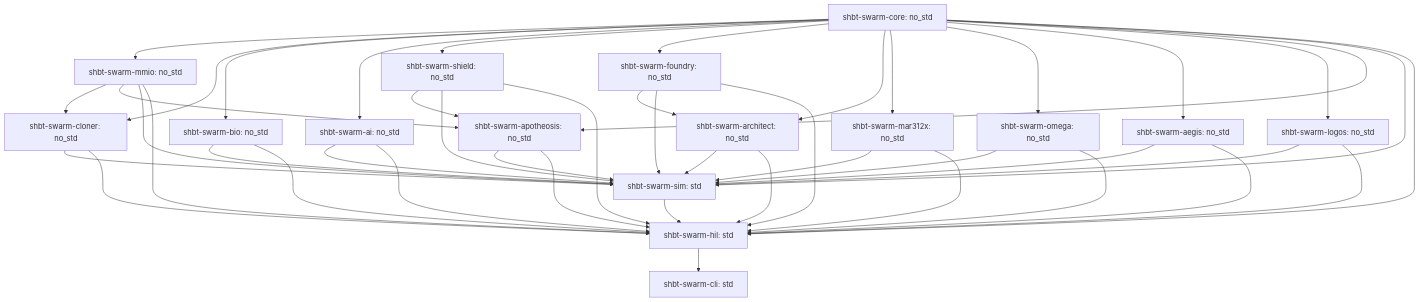
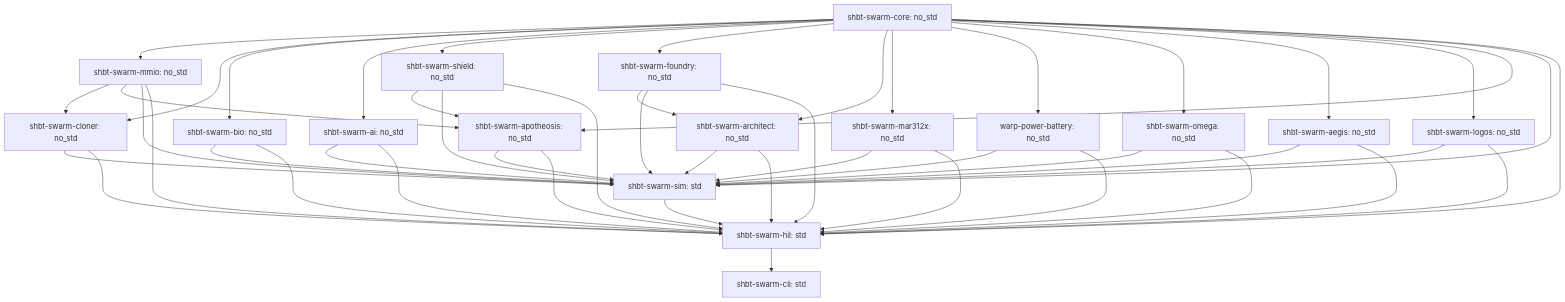
The diagram in README.md (sys1own/shbt-swarm), drawn with Mermaid before and after one commit. The commit also changed other lines of this file and 33 other files, not shown here.

````diff
--- a/README.md
+++ b/README.md
@@ -1183,47 +1166,50 @@
 ```mermaid
 graph TD
     core[shbt-swarm-core: no_std] --> mmio[shbt-swarm-mmio: no_std]
     core --> cloner[shbt-swarm-cloner: no_std]
     mmio --> cloner
     core --> bio[shbt-swarm-bio: no_std]
     core --> ai[shbt-swarm-ai: no_std]
     core --> shield[shbt-swarm-shield: no_std]
     core --> foundry[shbt-swarm-foundry: no_std]
     core --> architect[shbt-swarm-architect: no_std]
     foundry --> architect
     core --> mar312x[shbt-swarm-mar312x: no_std]
+    core --> wpb[warp-power-battery: no_std]
     core --> omega[shbt-swarm-omega: no_std]
     core --> aegis[shbt-swarm-aegis: no_std]
     core --> logos[shbt-swarm-logos: no_std]
     core --> apoth[shbt-swarm-apotheosis: no_std]
     mmio --> apoth
     shield --> apoth
     omega --> sim[shbt-swarm-sim: std]
     aegis --> sim
     logos --> sim
     apoth --> sim
     core --> sim
     mmio --> sim
     cloner --> sim
     bio --> sim
     ai --> sim
     shield --> sim
     foundry --> sim
     architect --> sim
     mar312x --> sim
+    wpb --> sim
     core --> hil[shbt-swarm-hil: std]
     mmio --> hil
     cloner --> hil
     bio --> hil
     ai --> hil
     shield --> hil
     foundry --> hil
     architect --> hil
     mar312x --> hil
+    wpb --> hil
     omega --> hil
     aegis --> hil
     logos --> hil
     apoth --> hil
     sim --> hil
     hil --> cli[shbt-swarm-cli: std]
 ```
````
